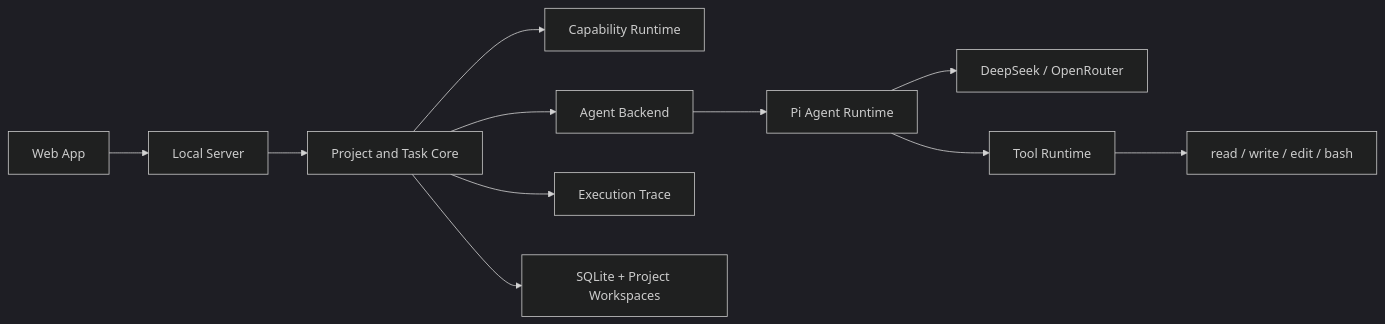
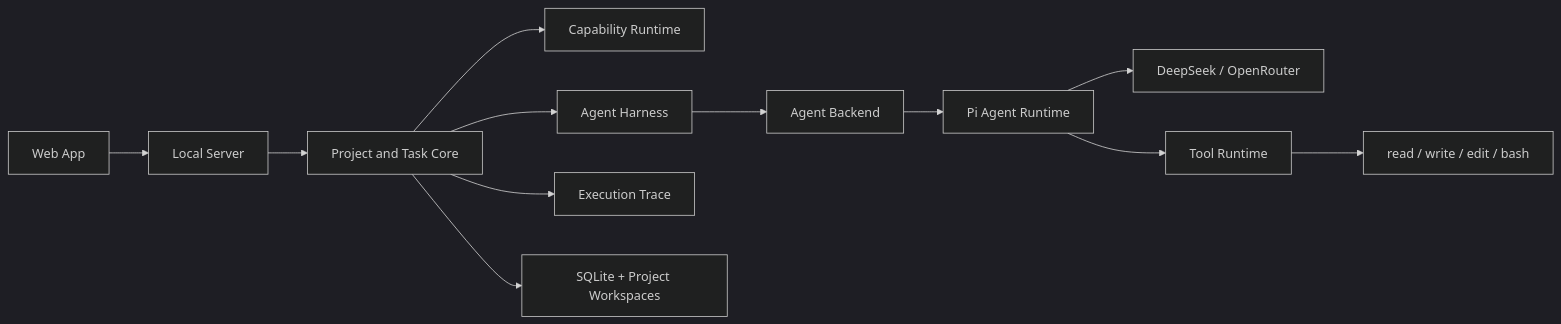
One commit to SureD/babybot changed the first of 3 diagrams in docs/ARCHITECTURE.md. Above: the diagram before and after it, drawn with Mermaid (dark theme). The commit also changed other lines of this file and 21 other files, not shown here.

Commit message:
Enable web search tools and agent harness

````diff
--- a/docs/ARCHITECTURE.md
+++ b/docs/ARCHITECTURE.md
@@ -15,13 +16,14 @@
 ```mermaid
 flowchart LR
     Web["Web App"] --> Server["Local Server"]
     Server --> Core["Project and Task Core"]
     Core --> Capability["Capability Runtime"]
-    Core --> Agent["Agent Backend"]
+    Core --> Harness["Agent Harness"]
+    Harness --> Agent["Agent Backend"]
     Agent --> Pi["Pi Agent Runtime"]
     Pi --> Provider["DeepSeek / OpenRouter"]
     Pi --> Tools["Tool Runtime"]
     Tools --> Builtins["read / write / edit / bash"]
     Core --> Trace["Execution Trace"]
     Core --> Storage["SQLite + Project Workspaces"]
 ```
````
